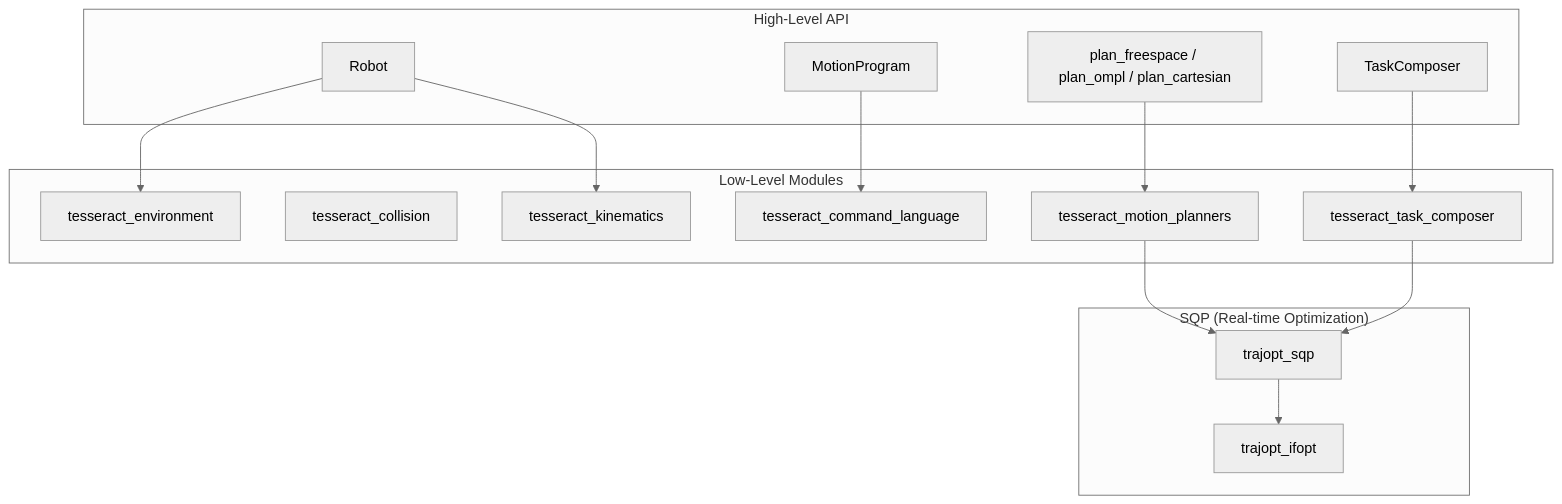
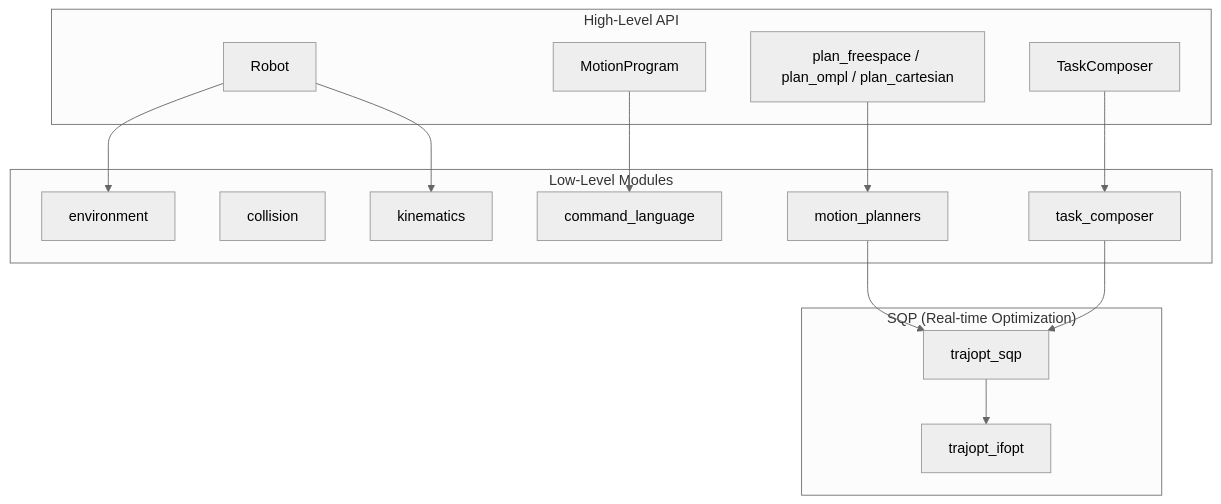
The diagram in docs/index.md (tesseract-robotics/tesseract_nanobind), drawn with Mermaid (neutral theme) before and after one commit. The commit also changed other lines of this file and 441 other files, not shown here.

````diff
--- a/docs/index.md
+++ b/docs/index.md
@@ -19,32 +19,32 @@
 ```mermaid
 graph TB
     subgraph high["High-Level API"]
         Robot["Robot"]
         MP["MotionProgram"]
         PF["plan_freespace / plan_ompl / plan_cartesian"]
         TC["TaskComposer"]
     end
 
     subgraph low["Low-Level Modules"]
-        env["tesseract_environment"]
-        col["tesseract_collision"]
-        kin["tesseract_kinematics"]
-        cmd["tesseract_command_language"]
-        mp["tesseract_motion_planners"]
-        tc["tesseract_task_composer"]
+        env["environment"]
+        col["collision"]
+        kin["kinematics"]
+        cmd["command_language"]
+        mp["motion_planners"]
+        tc["task_composer"]
     end
 
     subgraph sqp["SQP (Real-time Optimization)"]
         tsqp["trajopt_sqp"]
         tifopt["trajopt_ifopt"]
     end
 
     Robot --> env
     Robot --> kin
     MP --> cmd
     PF --> mp
     TC --> tc
     mp --> tsqp
     tc --> tsqp
     tsqp --> tifopt
 ```
````
